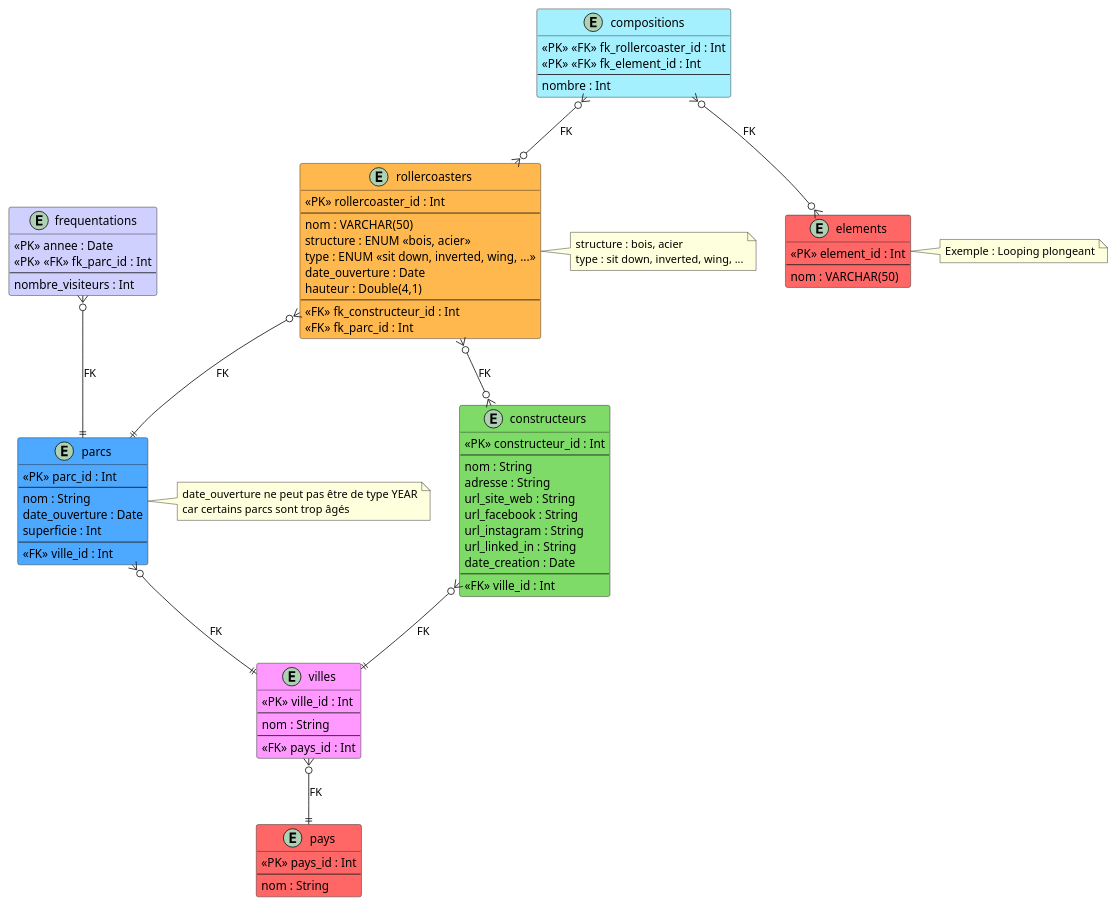
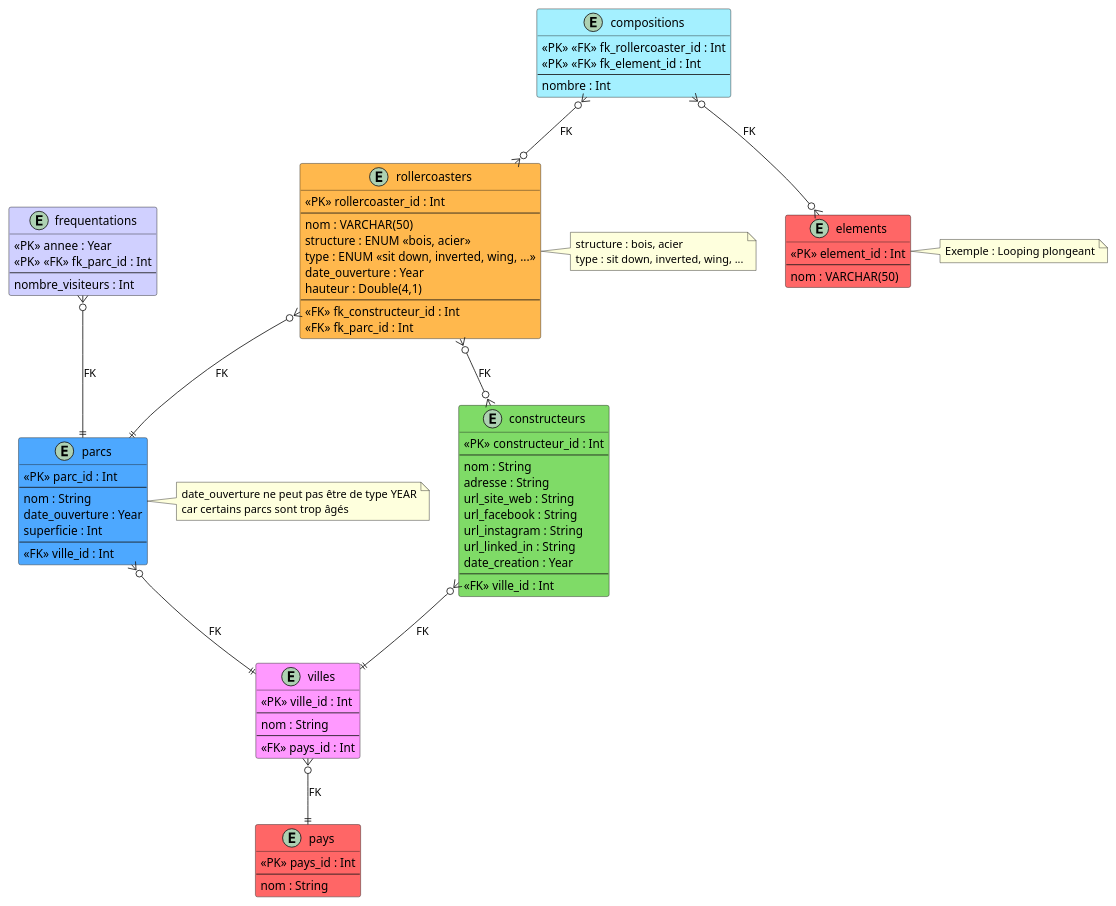
The diagram in Schéma ERD eurocoasters (A COMPLETER).puml (Neky547/ECD_Eurocoasters), drawn with PlantUML before and after one commit. The commit also changed 2 other files, not shown here.

```diff
--- a/Schéma ERD eurocoasters (A COMPLETER).puml
+++ b/Schéma ERD eurocoasters (A COMPLETER).puml
@@ -1,123 +1,123 @@
 @startuml
 
 ' Personnalisation des stéréotypes PK et FK :
 skinparam class {
     StereotypeFontColor<<PK>> Black
     StereotypeFontColor<<FK>> Black
     StereotypeBackgroundColor<<PK>> YellowGreen
     StereotypeBackgroundColor<<FK>> LightSkyBlue
     SterotypeBorderColor<<PK>> Black
     SterotypeBorderColor<<FK>> Black
 }
 
 ' ---------------------------------
 ' Définition des entités (tables) :
 ' ---------------------------------
 
 entity rollercoasters #FFB84D {
     <<PK>> rollercoaster_id : Int
     --
     nom : VARCHAR(50)
     structure : ENUM <<bois, acier>>
     type : ENUM <<sit down, inverted, wing, ...>>
-    date_ouverture : Date
+    date_ouverture : Year
     hauteur : Double(4,1)
     --
     <<FK>> fk_constructeur_id : Int
     <<FK>> fk_parc_id : Int
 }
 
 entity constructeurs #7FDB67 {
     <<PK>> constructeur_id : Int
     --
     nom : String
     adresse : String
     url_site_web : String
     url_facebook : String
     url_instagram : String
     url_linked_in : String
-    date_creation : Date
+    date_creation : Year
     --
     <<FK>> ville_id : Int
 }
 
 entity parcs #4DA8FF {
     <<PK>> parc_id : Int
     --
     nom : String    
-    date_ouverture : Date
+    date_ouverture : Year
     superficie : Int
     --
     <<FK>> ville_id : Int
 }
 
 entity villes #FF99FF {
     <<PK>> ville_id : Int
     --
     nom : String
     --
     <<FK>> pays_id : Int
 }
 
 entity pays #FF6666 {
     <<PK>> pays_id : Int
     --
     nom : String
 }
 
 entity compositions #A4F0FF {
     <<PK>> <<FK>> fk_rollercoaster_id : Int
     <<PK>> <<FK>> fk_element_id : Int
     --
     nombre : Int
 }
 
 entity elements #FF6666 {
     <<PK>> element_id : Int
     --
     nom : VARCHAR(50)
 }
 
 entity frequentations #D0D0FF {
-    <<PK>> annee : Date
+    <<PK>> annee : Year
     <<PK>> <<FK>> fk_parc_id : Int
     --
     nombre_visiteurs : Int
 }
 
 
 ' --------------------------------------------
 ' Définition des relations entre les entités :
 ' --------------------------------------------
 
 rollercoasters }o--o{ constructeurs : "FK"
 
 rollercoasters }o--|| parcs : "FK"
 constructeurs }o--|| villes : "FK"
 parcs }o--|| villes : "FK"
 villes }o--|| pays : "FK"
 
 compositions }o--o{ rollercoasters : "FK"
 compositions }o--o{ elements : "FK"
 frequentations }o--|| parcs : "FK"
 
 
 ' ---------------------------------------------------------
 ' Annotations sur les types ou autres informations utiles :
 ' ---------------------------------------------------------
 
 note right of rollercoasters
     structure : bois, acier
     type : sit down, inverted, wing, ...
 end note
 
 note right of parcs
     date_ouverture ne peut pas être de type YEAR
     car certains parcs sont trop âgés
 end note
 
 note right of elements
     Exemple : Looping plongeant
 end note
 
 @enduml
```
